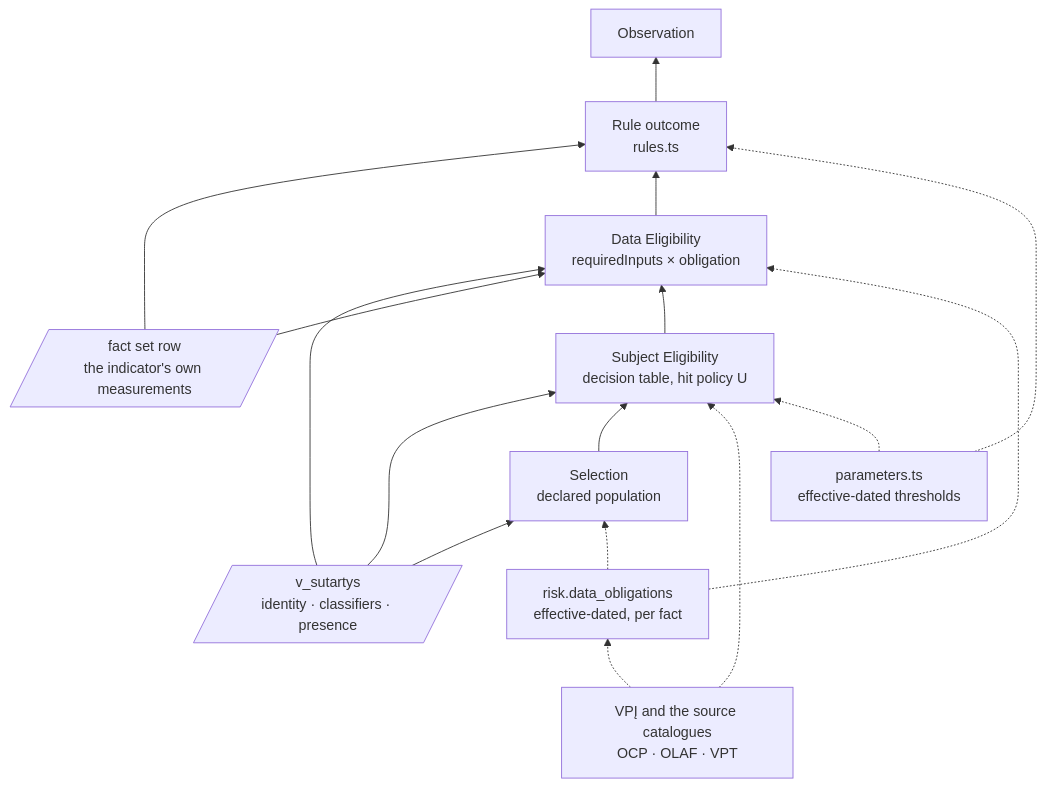
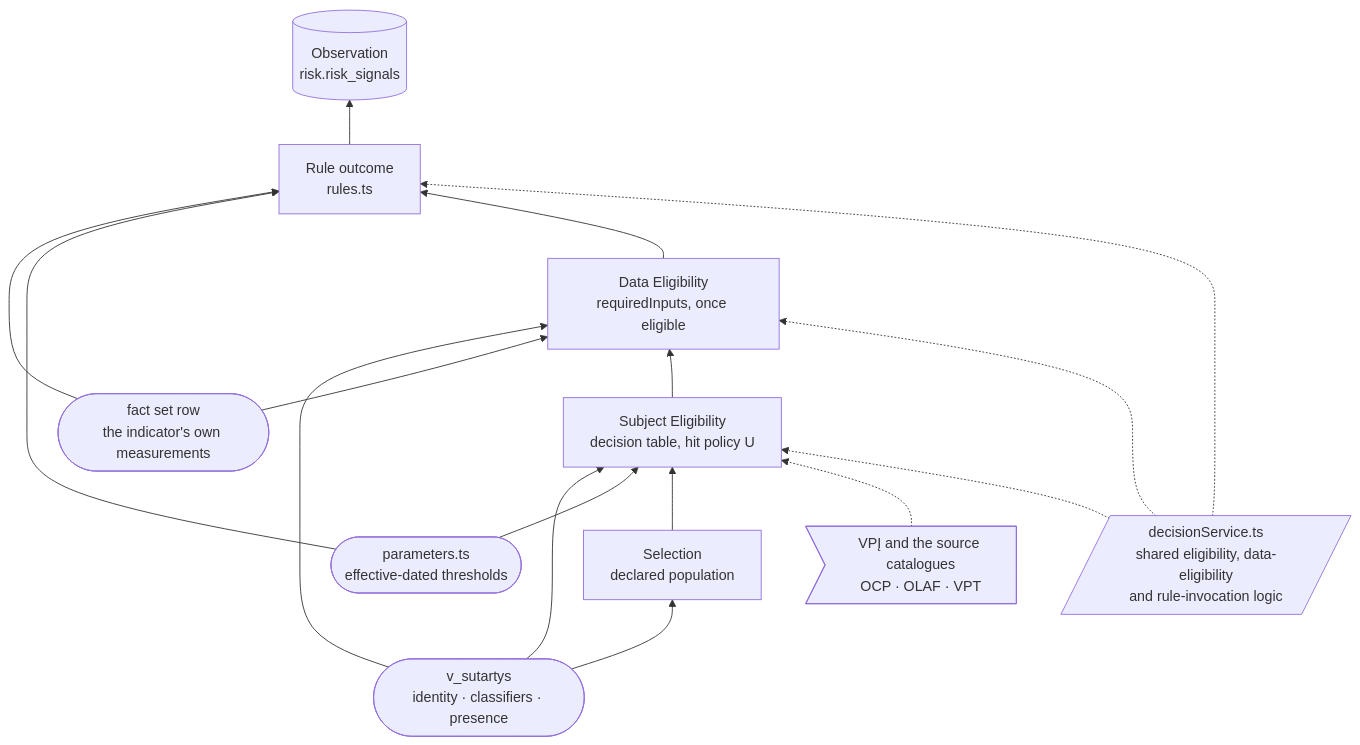
The sixth of 10 diagrams in docs/indicators-story/risk-service-architecture.md (Viespirkiu-grupe/viespirkiai), drawn with Mermaid before and after one commit. The commit also changed other lines of this file and 42 other files, not shown here.

Commit message:
moving the thew version 2 architecture

````diff
--- a/docs/indicators-story/risk-service-architecture.md
+++ b/docs/indicators-story/risk-service-architecture.md
@@ -850,32 +820,33 @@
 ```mermaid
 flowchart BT
-    ID1[/"v_sutartys<br/>identity · classifiers · presence"/]
-    ID2[/"fact set row<br/>the indicator's own measurements"/]
+    ID1(["v_sutartys<br/>identity · classifiers · presence"])
+    ID2(["fact set row<br/>the indicator's own measurements"])
+    ID3(["parameters.ts<br/>effective-dated thresholds"])
 
-    KS1["VPĮ and the source catalogues<br/>OCP · OLAF · VPT"]
-    KS2["risk.data_obligations<br/>effective-dated, per fact"]
-    KS3["parameters.ts<br/>effective-dated thresholds"]
+    KS1>"VPĮ and the source catalogues<br/>OCP · OLAF · VPT"]
+
+    BKM1[/"decisionService.ts<br/>shared eligibility, data-eligibility<br/>and rule-invocation logic"/]
 
     D1["Selection<br/>declared population"]
     D2["Subject Eligibility<br/>decision table, hit policy U"]
-    D3["Data Eligibility<br/>requiredInputs × obligation"]
+    D3["Data Eligibility<br/>requiredInputs, once eligible"]
     D4["Rule outcome<br/>rules.ts"]
-    D0["Observation"]
+    D0[("Observation<br/>risk.risk_signals")]
 
     ID1 --> D1
     ID1 --> D2
     ID1 --> D3
     ID2 --> D3
     ID2 --> D4
+    ID3 --> D2
+    ID3 --> D4
     D1 --> D2
     D2 --> D3
     D3 --> D4
     D4 --> D0
 
-    KS1 -.-> KS2
-    KS2 -.-> D1
-    KS2 -.-> D3
     KS1 -.-> D2
-    KS3 -.-> D2
-    KS3 -.-> D4
+    BKM1 -.-> D2
+    BKM1 -.-> D3
+    BKM1 -.-> D4
 ```
````
